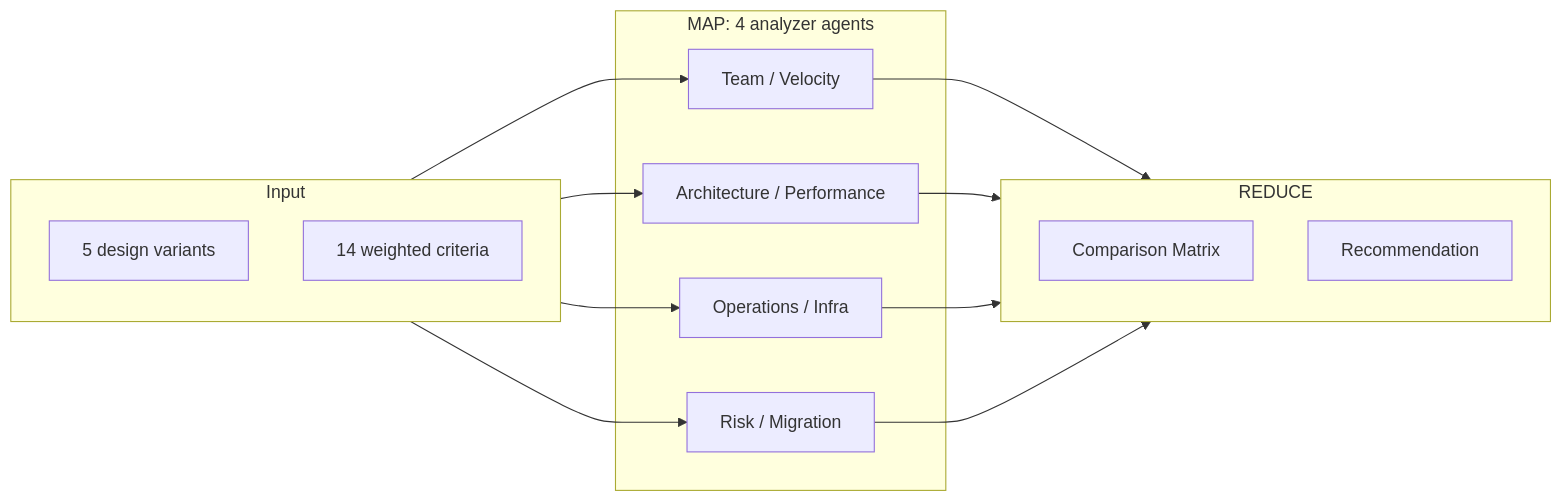
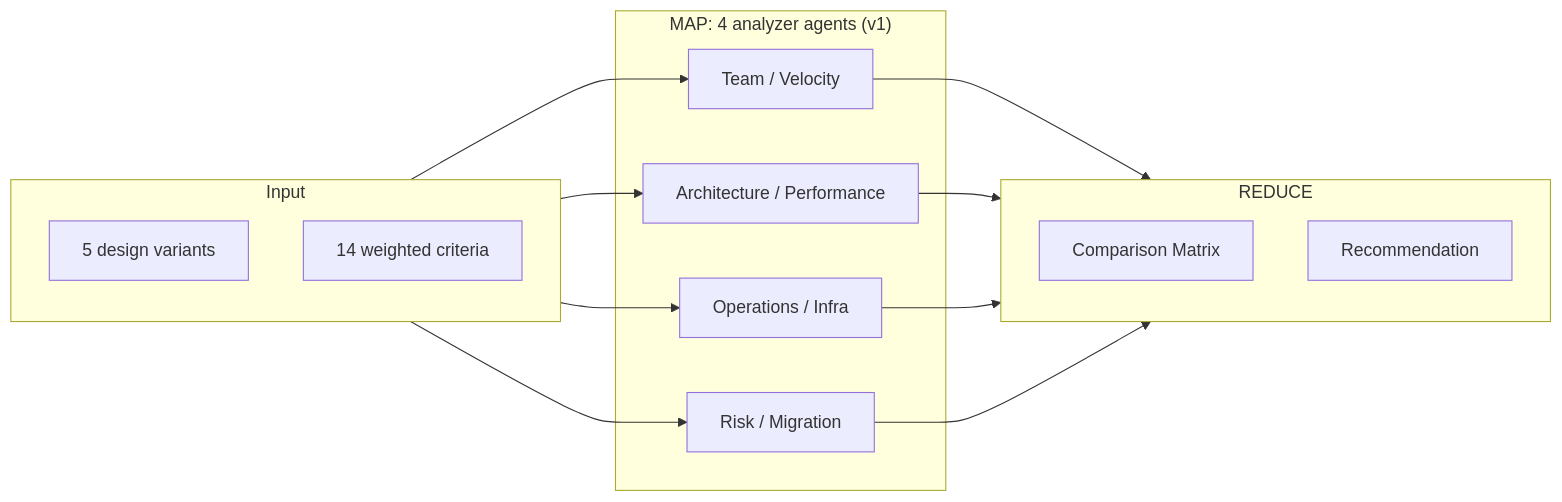
Before and after one commit to sosotravelier/tc-transition-to-12go: the sixth of 9 diagrams in presentation/2026-03-09-ai-driven-design/ai-methodology.md, drawn with Mermaid. The commit also changed other lines of this file, not shown here.

````diff
--- a/presentation/2026-03-09-ai-driven-design/ai-methodology.md
+++ b/presentation/2026-03-09-ai-driven-design/ai-methodology.md
@@ -272,28 +271,28 @@
 ```mermaid
 flowchart LR
     subgraph input3["Input"]
         DES["5 design variants"]
         CRIT["14 weighted criteria"]
     end
 
-    subgraph map3["MAP: 4 analyzer agents"]
+    subgraph map3["MAP: 4 analyzer agents (v1)"]
         TV["Team / Velocity"]
         AP["Architecture / Performance"]
         OI["Operations / Infra"]
         RM["Risk / Migration"]
     end
 
     subgraph reduce3["REDUCE"]
         CM["Comparison Matrix"]
         REC["Recommendation"]
     end
 
     input3 --> TV
     input3 --> AP
     input3 --> OI
     input3 --> RM
     TV --> reduce3
     AP --> reduce3
     OI --> reduce3
     RM --> reduce3
 ```
````
